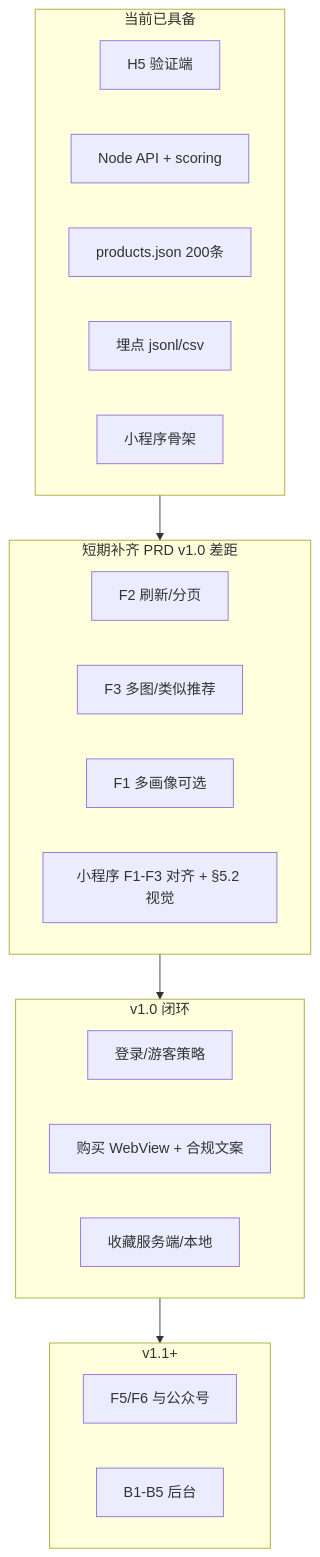
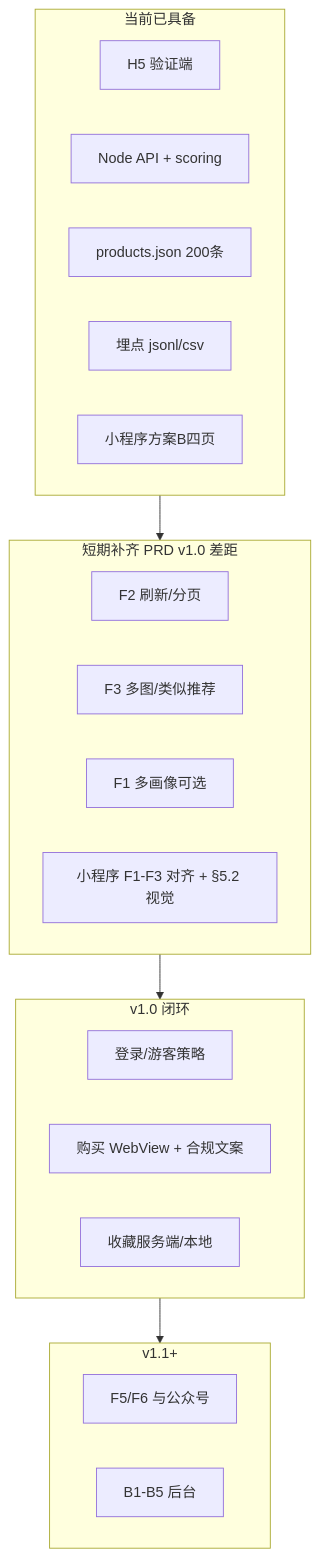
Before and after one commit to azhuoinfogs/zhili: the diagram in develop2.md, drawn with Mermaid. The commit also changed other lines of this file and 3 other files, not shown here.

````diff
--- a/develop2.md
+++ b/develop2.md
@@ -941,26 +998,26 @@
 ```mermaid
 flowchart TB
   subgraph now [当前已具备]
     H5[H5 验证端]
     API[Node API + scoring]
     DS[products.json 200条]
     TE[埋点 jsonl/csv]
-    MP[小程序骨架]
+    MP[小程序方案B四页]
   end
   subgraph near [短期补齐 PRD v1.0 差距]
     F2p[F2 刷新/分页]
     F3f[F3 多图/类似推荐]
     F1m[F1 多画像可选]
     MP1[小程序 F1-F3 对齐 + §5.2 视觉]
   end
   subgraph mid [v1.0 闭环]
     AUTH[登录/游客策略]
     CPS[购买 WebView + 合规文案]
     F4s[收藏服务端/本地]
   end
   subgraph later [v1.1+]
     F5F6[F5/F6 与公众号]
     B1B5[B1-B5 后台]
   end
   now --> near --> mid --> later
 ```
````
